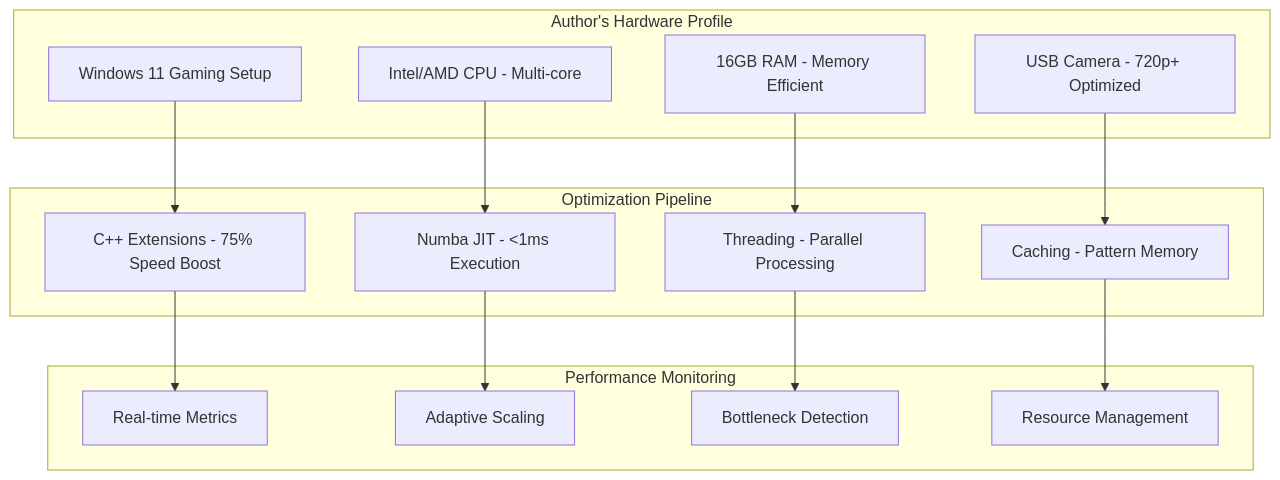
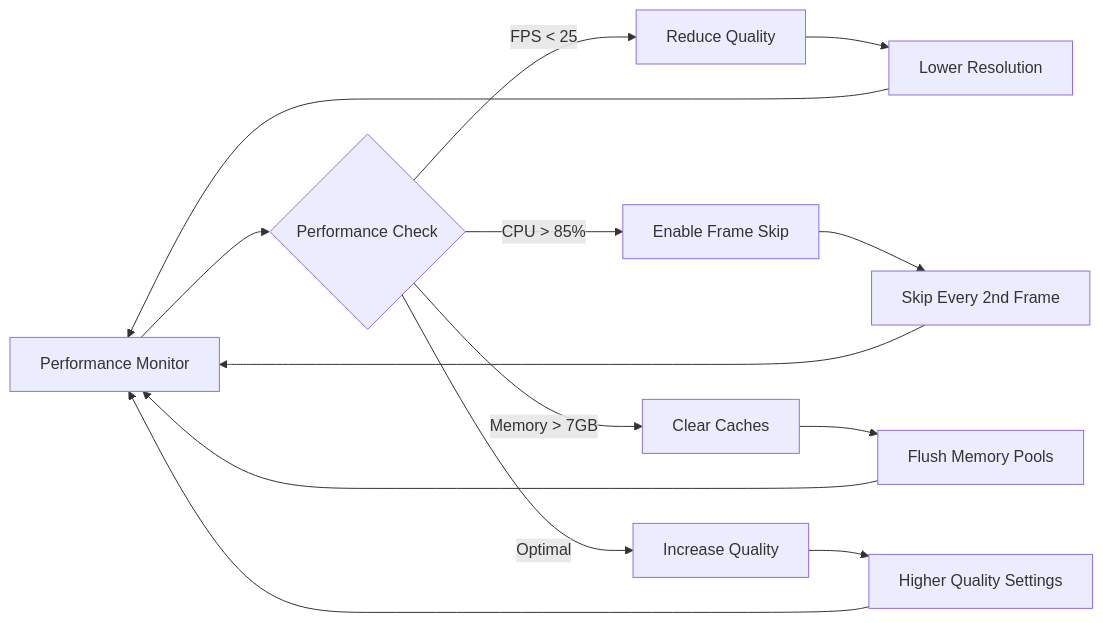
Before and after one commit to stdnt-c1/A-Hand-For-A-Game: the second of 2 diagrams in docs/PERFORMANCE_GUIDE.md, drawn with Mermaid. The commit also changed other lines of this file and 7447 other files, not shown here.

````diff
--- a/docs/PERFORMANCE_GUIDE.md
+++ b/docs/PERFORMANCE_GUIDE.md
@@ -105,33 +121,18 @@
 ```mermaid
-graph TD
-    subgraph "Author's Hardware Profile"
-        A[Windows 11 Gaming Setup]
-        B[Intel/AMD CPU - Multi-core]
-        C[16GB RAM - Memory Efficient]
-        D[USB Camera - 720p+ Optimized]
-    end
+graph LR
+    A[Performance Monitor] --> B{Performance Check}
+    B -->|FPS < 25| C[Reduce Quality]
+    B -->|CPU > 85%| D[Enable Frame Skip]
+    B -->|Memory > 7GB| E[Clear Caches]
+    B -->|Optimal| F[Increase Quality]
     
-    subgraph "Optimization Pipeline"
-        E[C++ Extensions - 75% Speed Boost]
-        F[Numba JIT - <1ms Execution]
-        G[Threading - Parallel Processing]
-        H[Caching - Pattern Memory]
-    end
+    C --> G[Lower Resolution]
+    D --> H[Skip Every 2nd Frame]
+    E --> I[Flush Memory Pools]
+    F --> J[Higher Quality Settings]
     
-    subgraph "Performance Monitoring"
-        I[Real-time Metrics]
-        J[Adaptive Scaling]
-        K[Bottleneck Detection]
-        L[Resource Management]
-    end
-    
-    A --> E
-    B --> F
-    C --> G
-    D --> H
-    
-    E --> I
-    F --> J
-    G --> K
-    H --> L
+    G --> A
+    H --> A
+    I --> A
+    J --> A
 ```
````
